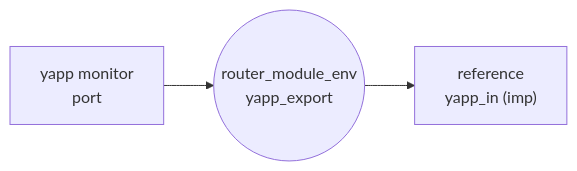
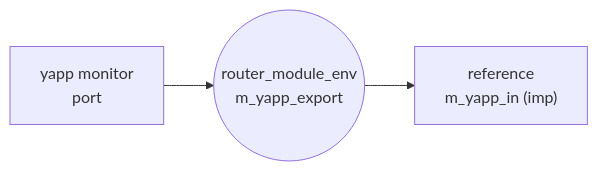
The third of 4 diagrams in docs/uvm/tlm.md (tamirgabgab/Qcom-Mentoring), drawn with Mermaid before and after one commit. The commit also changed other lines of this file and 83 other files, not shown here.

First line of the commit message:
Site diagrams use the code's variable names

````diff
--- a/docs/uvm/tlm.md
+++ b/docs/uvm/tlm.md
@@ -55,5 +55,5 @@
 ```mermaid
 flowchart LR
-    MON["yapp monitor<br/>port"] --> EXP(("router_module_env<br/>yapp_export"))
-    EXP --> IMP["reference<br/>yapp_in (imp)"]
+    MON["yapp monitor<br/>port"] --> EXP(("router_module_env<br/>m_yapp_export"))
+    EXP --> IMP["reference<br/>m_yapp_in (imp)"]
 ```
````
